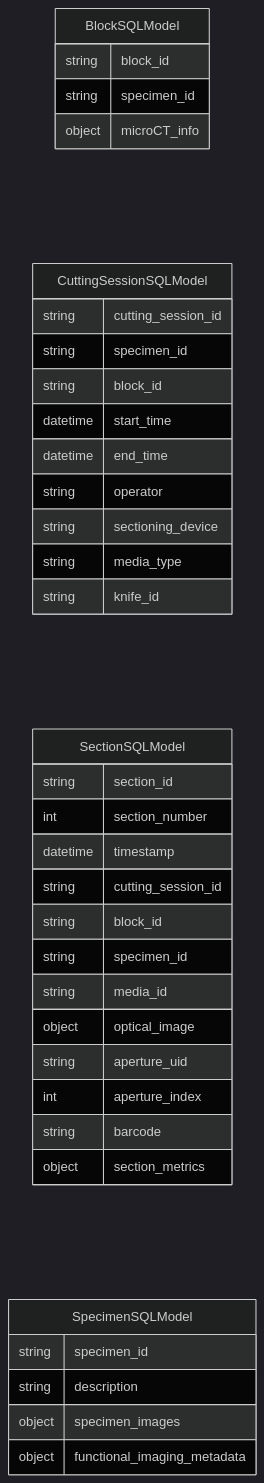
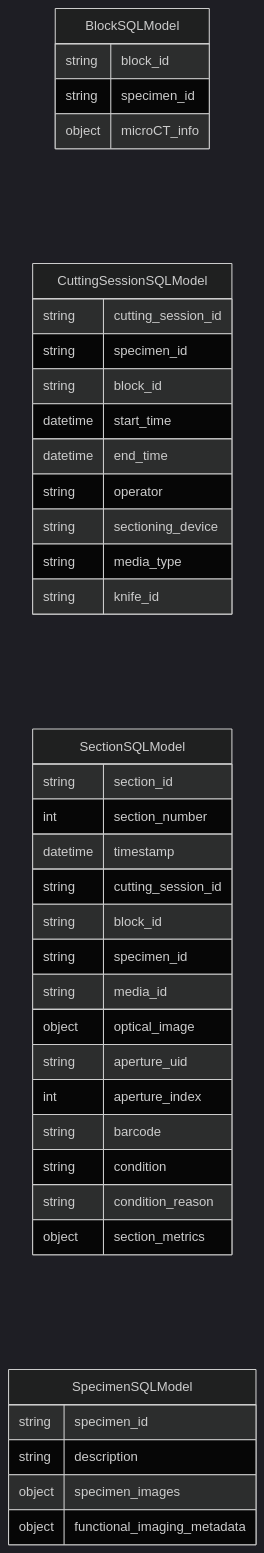
One commit to TilEM-project/TEMdb changed the diagram in docs/schema_Preparation_erd.md. Above: the diagram before and after it, drawn with Mermaid (dark theme). The commit also changed 17 other files, not shown here.

````diff
--- a/docs/schema_Preparation_erd.md
+++ b/docs/schema_Preparation_erd.md
@@ -3,40 +3,42 @@
 ```mermaid
 erDiagram
     direction LR
     BlockSQLModel {
         string block_id
         string specimen_id
         object microCT_info
     }
     CuttingSessionSQLModel {
         string cutting_session_id
         string specimen_id
         string block_id
         datetime start_time
         datetime end_time
         string operator
         string sectioning_device
         string media_type
         string knife_id
     }
     SectionSQLModel {
         string section_id
         int section_number
         datetime timestamp
         string cutting_session_id
         string block_id
         string specimen_id
         string media_id
         object optical_image
         string aperture_uid
         int aperture_index
         string barcode
+        string condition
+        string condition_reason
         object section_metrics
     }
     SpecimenSQLModel {
         string specimen_id
         string description
         object specimen_images
         object functional_imaging_metadata
     }
 ```
````
